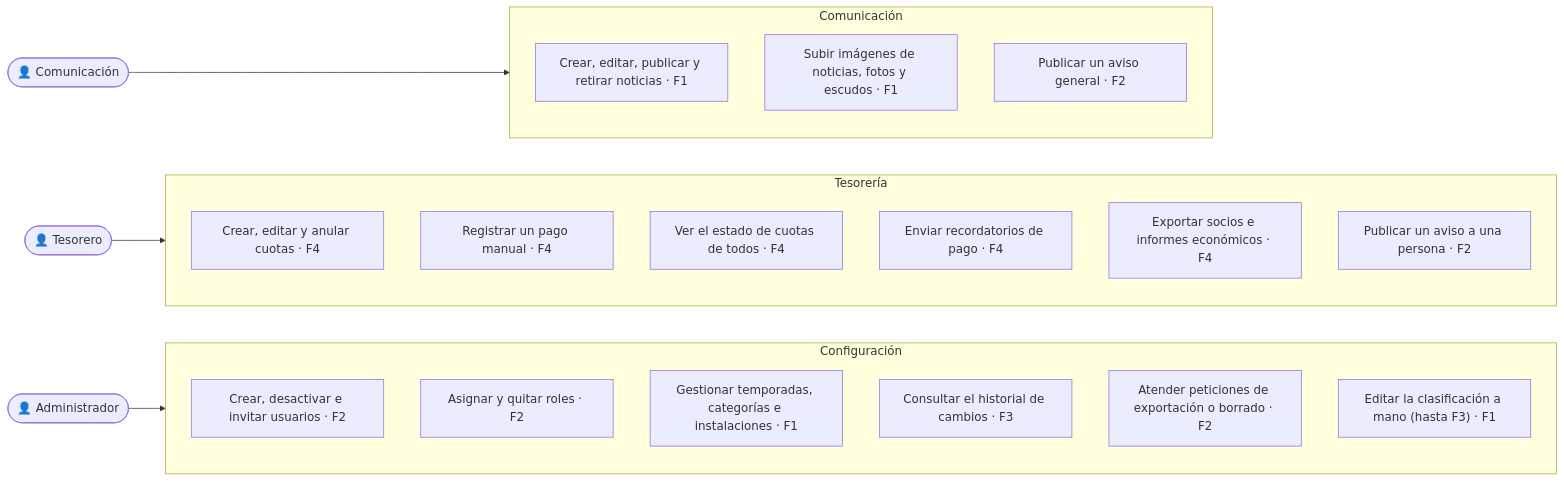
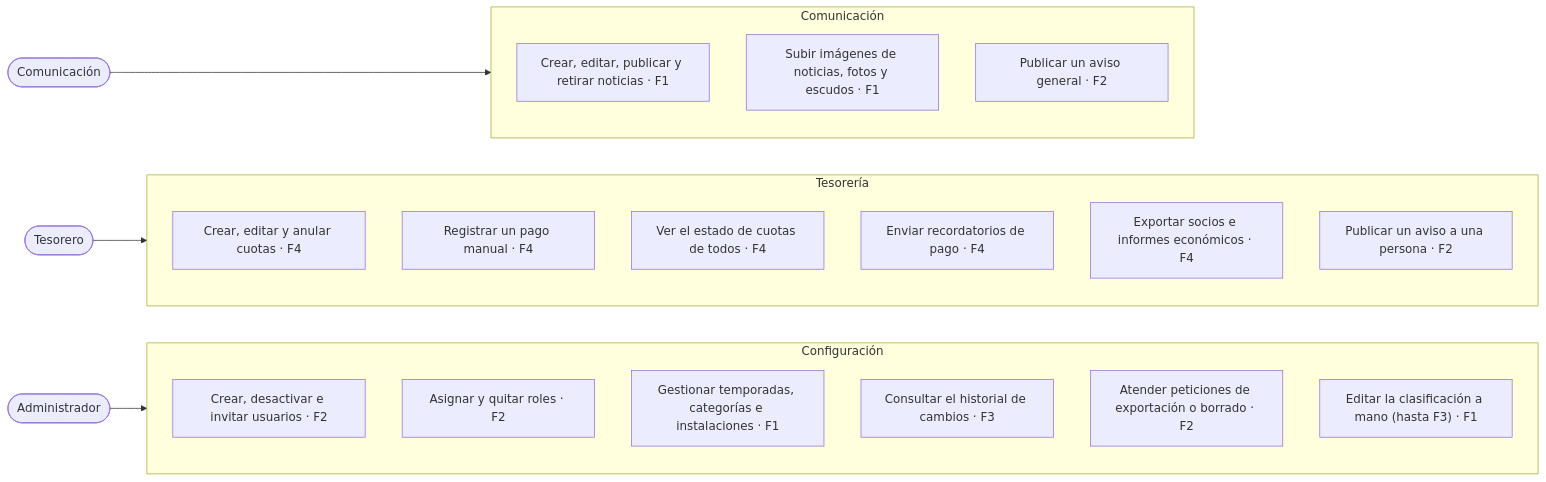
One commit to RodrigoSanmartinAlaejos/los-chicharros-vc changed the fourth of 4 diagrams in docs/06-diagramas/casos-de-uso.md. Above: the diagram before and after it, drawn with Mermaid. The commit also changed other lines of this file and 9 other files, not shown here.

Commit message:
docs(diagrams): add phase 1 sequence and state diagrams (#79)

````diff
--- a/docs/06-diagramas/casos-de-uso.md
+++ b/docs/06-diagramas/casos-de-uso.md
@@ -89,30 +89,30 @@
 ```mermaid
 flowchart LR
-    M(["👤 Comunicación"])
-    TS(["👤 Tesorero"])
-    A(["👤 Administrador"])
+    M(["Comunicación"])
+    TS(["Tesorero"])
+    A(["Administrador"])
     subgraph COM [Comunicación]
         M1["Crear, editar, publicar y retirar noticias · F1"]
         M2["Subir imágenes de noticias, fotos y escudos · F1"]
         M3["Publicar un aviso general · F2"]
     end
     subgraph TES [Tesorería]
         T1["Crear, editar y anular cuotas · F4"]
         T2["Registrar un pago manual · F4"]
         T3["Ver el estado de cuotas de todos · F4"]
         T4["Enviar recordatorios de pago · F4"]
         T5["Exportar socios e informes económicos · F4"]
         T6["Publicar un aviso a una persona · F2"]
     end
     subgraph CFG [Configuración]
         A1["Crear, desactivar e invitar usuarios · F2"]
         A2["Asignar y quitar roles · F2"]
         A3["Gestionar temporadas, categorías e instalaciones · F1"]
         A4["Consultar el historial de cambios · F3"]
         A5["Atender peticiones de exportación o borrado · F2"]
         A6["Editar la clasificación a mano (hasta F3) · F1"]
     end
     M --> COM
     TS --> TES
     A --> CFG
 ```
````
